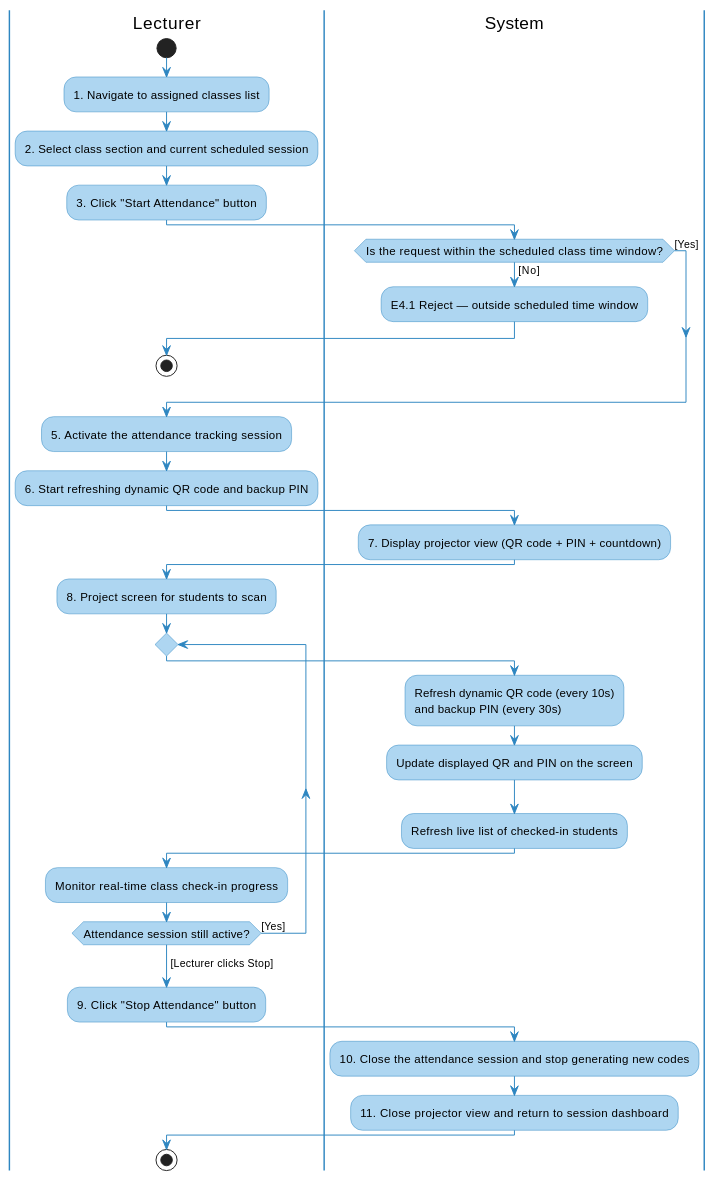
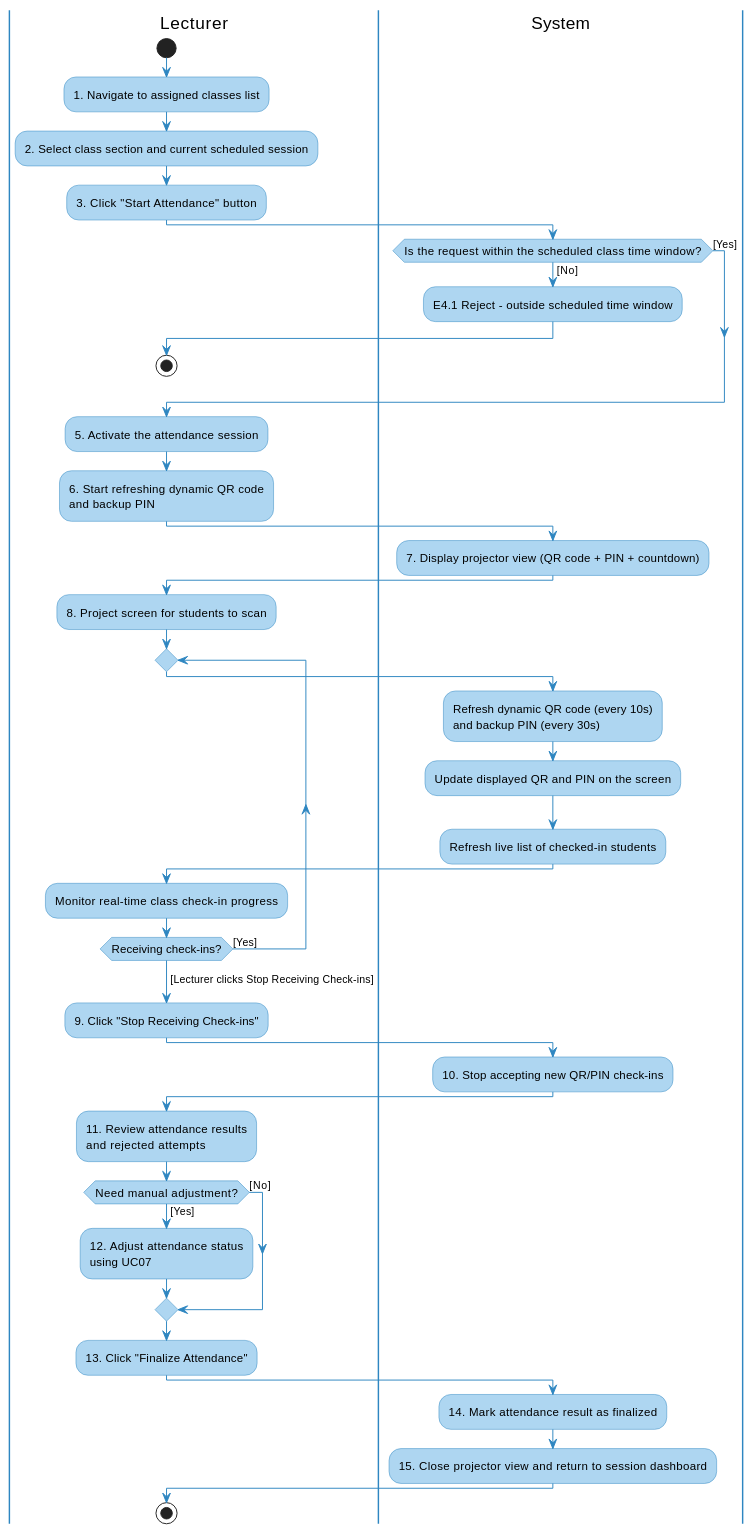
The fifth of 6 diagrams in MainDocs/1_Requirement.md (nttung42/SWD392), drawn with PlantUML before and after one commit. The commit also changed other lines of this file, not shown here.

````diff
--- a/MainDocs/1_Requirement.md
+++ b/MainDocs/1_Requirement.md
@@ -497,62 +532,74 @@
 ```plantuml
 @startuml UC05_Activity_Swimlane
 skinparam ActivityBackgroundColor #AED6F1
 skinparam ActivityBorderColor #2E86C1
 skinparam ActivityDiamondBackgroundColor #AED6F1
 skinparam ActivityDiamondBorderColor #2E86C1
 skinparam ArrowColor #2E86C1
 skinparam ActivityFontSize 12
 skinparam swimlaneBorderColor #2E86C1
 skinparam swimlaneHeaderFontStyle bold
 
 |Lecturer|
 start
 :1. Navigate to assigned classes list;
 :2. Select class section and current scheduled session;
 :3. Click "Start Attendance" button;
 
 |System|
 if (Is the request within the scheduled class time window?) then ([No])
-  :E4.1 Reject — outside scheduled time window;
+  :E4.1 Reject - outside scheduled time window;
   |Lecturer|
   stop
 else ([Yes])
 endif
 
-:5. Activate the attendance tracking session;
-:6. Start refreshing dynamic QR code and backup PIN;
+:5. Activate the attendance session;
+:6. Start refreshing dynamic QR code\nand backup PIN;
 
 |System|
 :7. Display projector view (QR code + PIN + countdown);
 
 |Lecturer|
 :8. Project screen for students to scan;
 
 repeat
 
   |System|
   :Refresh dynamic QR code (every 10s)\nand backup PIN (every 30s);
 
   |System|
   :Update displayed QR and PIN on the screen;
   :Refresh live list of checked-in students;
 
   |Lecturer|
   :Monitor real-time class check-in progress;
 
-repeat while (Attendance session still active?) is ([Yes])
--> [Lecturer clicks Stop];
+repeat while (Receiving check-ins?) is ([Yes])
+-> [Lecturer clicks Stop Receiving Check-ins];
 
 |Lecturer|
-:9. Click "Stop Attendance" button;
+:9. Click "Stop Receiving Check-ins";
 
 |System|
-:10. Close the attendance session and stop generating new codes;
+:10. Stop accepting new QR/PIN check-ins;
+
+|Lecturer|
+:11. Review attendance results\nand rejected attempts;
+
+if (Need manual adjustment?) then ([Yes])
+  :12. Adjust attendance status\nusing UC07;
+else ([No])
+endif
+
+|Lecturer|
+:13. Click "Finalize Attendance";
 
 |System|
-:11. Close projector view and return to session dashboard;
+:14. Mark attendance result as finalized;
+:15. Close projector view and return to session dashboard;
 
 |Lecturer|
 stop
 @enduml
 ```
````
